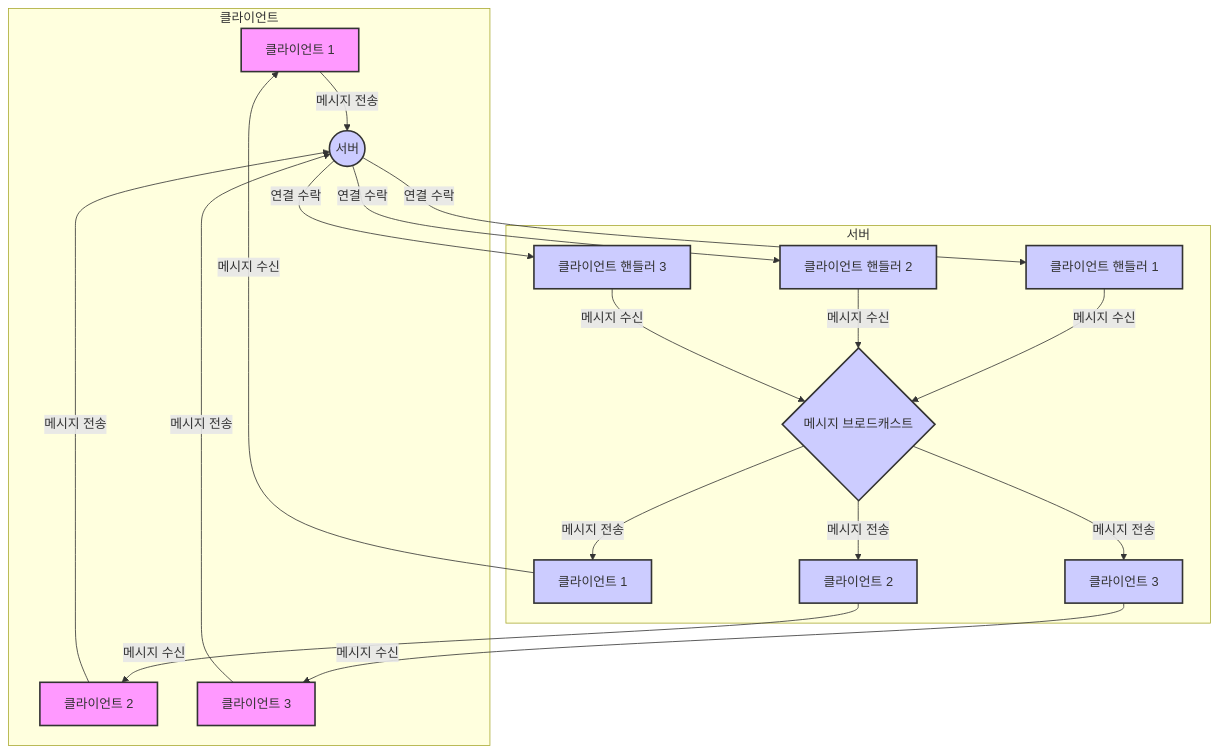
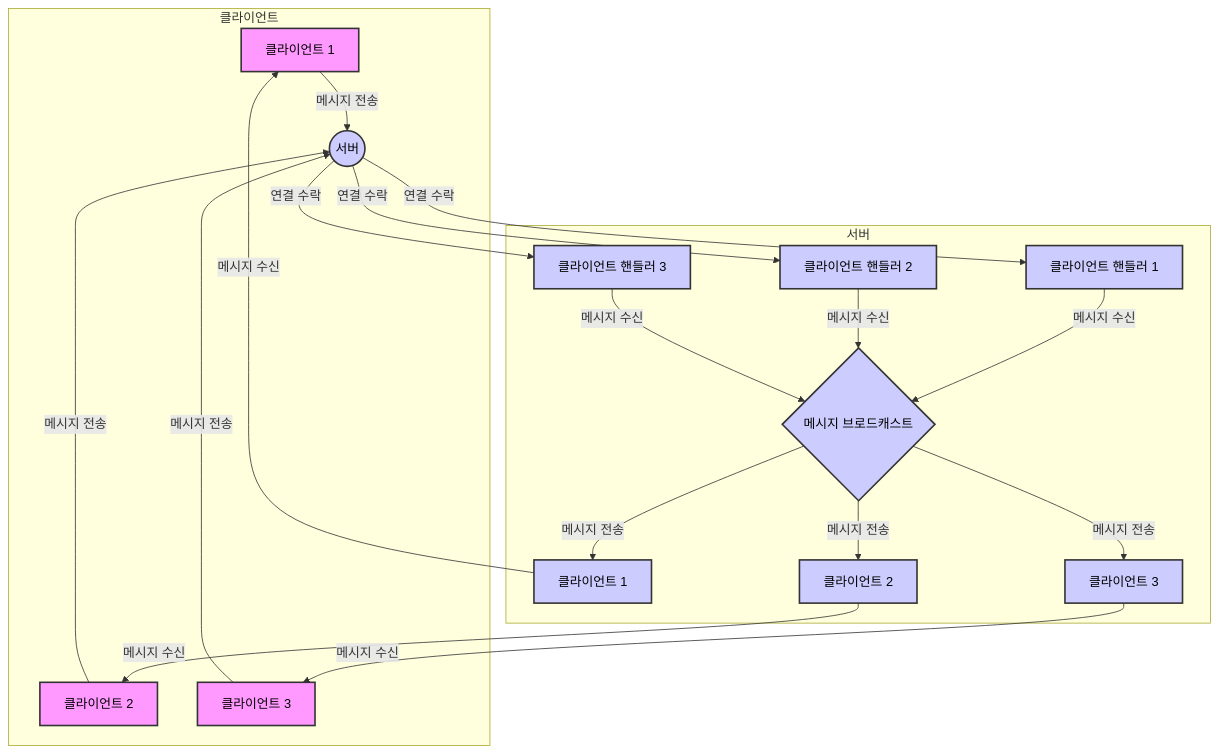
The diagram in README.md (JAEKWANG97/MultiThreadChat), drawn with Mermaid before and after one commit. The commit also changed other lines of this file, not shown here.

````diff
--- a/README.md
+++ b/README.md
@@ -8,31 +34,32 @@
 ```mermaid
 graph TD
     subgraph 클라이언트
     A[클라이언트 1] -->|메시지 전송| B
     C[클라이언트 2] -->|메시지 전송| B
     D[클라이언트 3] -->|메시지 전송| B
     end
 
     subgraph 서버
     B((서버)) -->|연결 수락| E[클라이언트 핸들러 1]
     B -->|연결 수락| F[클라이언트 핸들러 2]
     B -->|연결 수락| G[클라이언트 핸들러 3]
 
     E -->|메시지 수신| H{메시지 브로드캐스트}
     F -->|메시지 수신| H
     G -->|메시지 수신| H
 
     H -->|메시지 전송| I[클라이언트 1]
     H -->|메시지 전송| J[클라이언트 2]
     H -->|메시지 전송| K[클라이언트 3]
     end
 
     I -->|메시지 수신| A
     J -->|메시지 수신| C
     K -->|메시지 수신| D
 
-    classDef 클라이언트 fill:#f9f,stroke:#333,stroke-width:2px;
-    classDef 서버 fill:#ccf,stroke:#333,stroke-width:2px;
+    classDef 클라이언트 fill:#f9f,stroke:#333,stroke-width:2px, color:black;
+    classDef 서버 fill:#ccf,stroke:#333,stroke-width:2px, color:black;
     class A,C,D 클라이언트;
     class B,E,F,G,H,I,J,K 서버;
+
 ```
````
